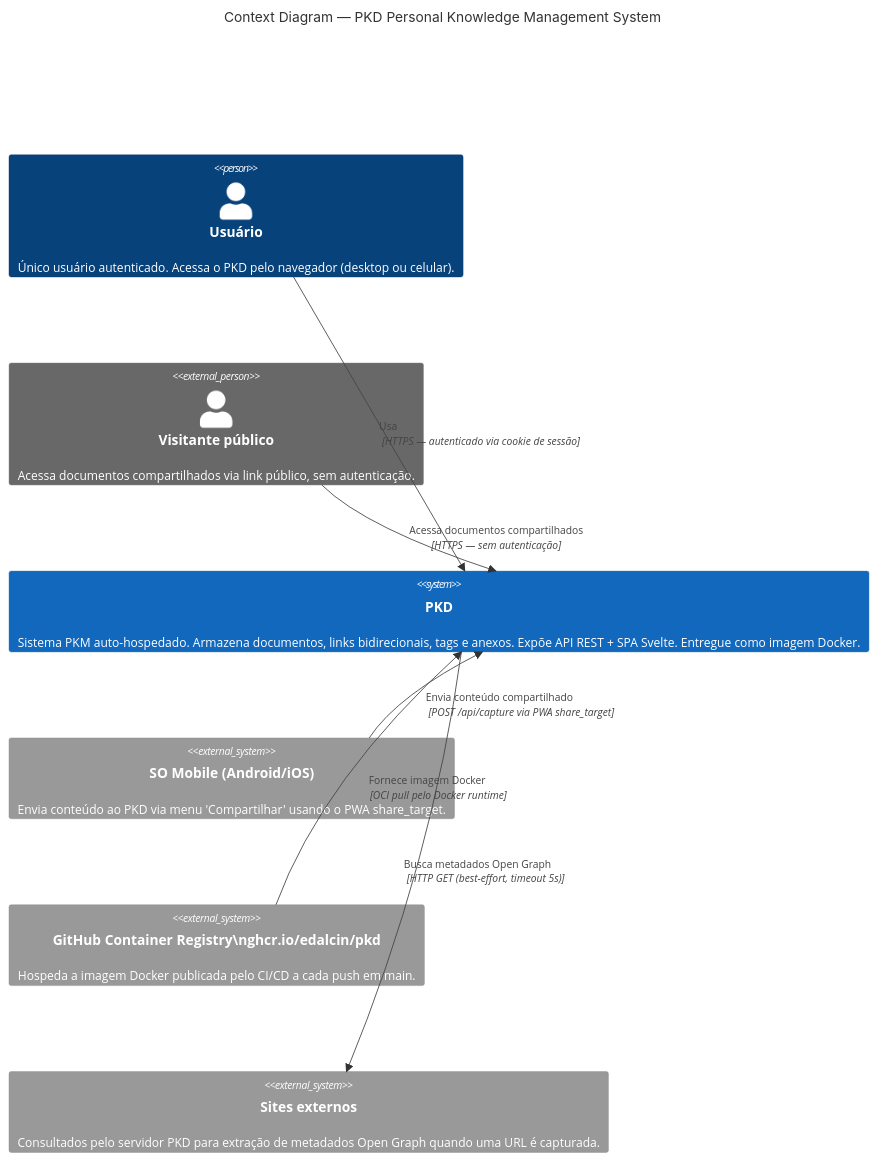
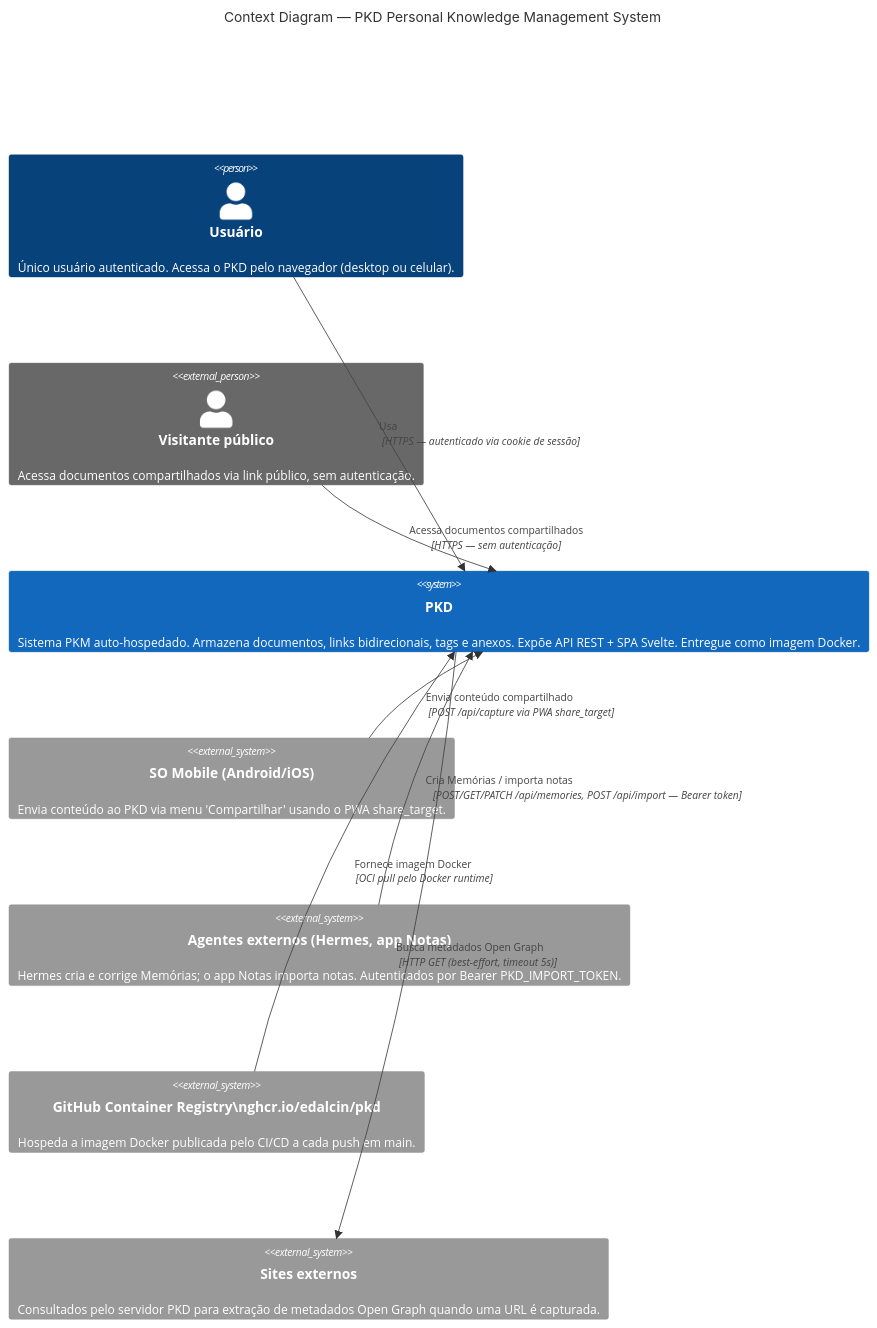
Before and after one commit to edalcin/pkd: the diagram in docs/c4/context.md, drawn with Mermaid. The commit also changed other lines of this file and 4 other files, not shown here.

````diff
--- a/docs/c4/context.md
+++ b/docs/c4/context.md
@@ -11,21 +11,23 @@
 ```mermaid
 C4Context
     title Context Diagram — PKD Personal Knowledge Management System
 
     Person(user, "Usuário", "Único usuário autenticado. Acessa o PKD pelo navegador (desktop ou celular).")
     Person_Ext(public, "Visitante público", "Acessa documentos compartilhados via link público, sem autenticação.")
 
     System(pkd, "PKD", "Sistema PKM auto-hospedado. Armazena documentos, links bidirecionais, tags e anexos. Expõe API REST + SPA Svelte. Entregue como imagem Docker.")
 
     System_Ext(mobile_os, "SO Mobile (Android/iOS)", "Envia conteúdo ao PKD via menu 'Compartilhar' usando o PWA share_target.")
+    System_Ext(agents, "Agentes externos (Hermes, app Notas)", "Hermes cria e corrige Memórias; o app Notas importa notas. Autenticados por Bearer PKD_IMPORT_TOKEN.")
     System_Ext(ghcr, "GitHub Container Registry\nghcr.io/edalcin/pkd", "Hospeda a imagem Docker publicada pelo CI/CD a cada push em main.")
     System_Ext(og_sites, "Sites externos", "Consultados pelo servidor PKD para extração de metadados Open Graph quando uma URL é capturada.")
 
     Rel(user, pkd, "Usa", "HTTPS — autenticado via cookie de sessão")
     Rel(public, pkd, "Acessa documentos compartilhados", "HTTPS — sem autenticação")
     Rel(mobile_os, pkd, "Envia conteúdo compartilhado", "POST /api/capture via PWA share_target")
+    Rel(agents, pkd, "Cria Memórias / importa notas", "POST/GET/PATCH /api/memories, POST /api/import — Bearer token")
     Rel(pkd, og_sites, "Busca metadados Open Graph", "HTTP GET (best-effort, timeout 5s)")
     Rel(ghcr, pkd, "Fornece imagem Docker", "OCI pull pelo Docker runtime")
 
     UpdateLayoutConfig($c4ShapeInRow="3", $c4BoundaryInRow="1")
 ```
````
